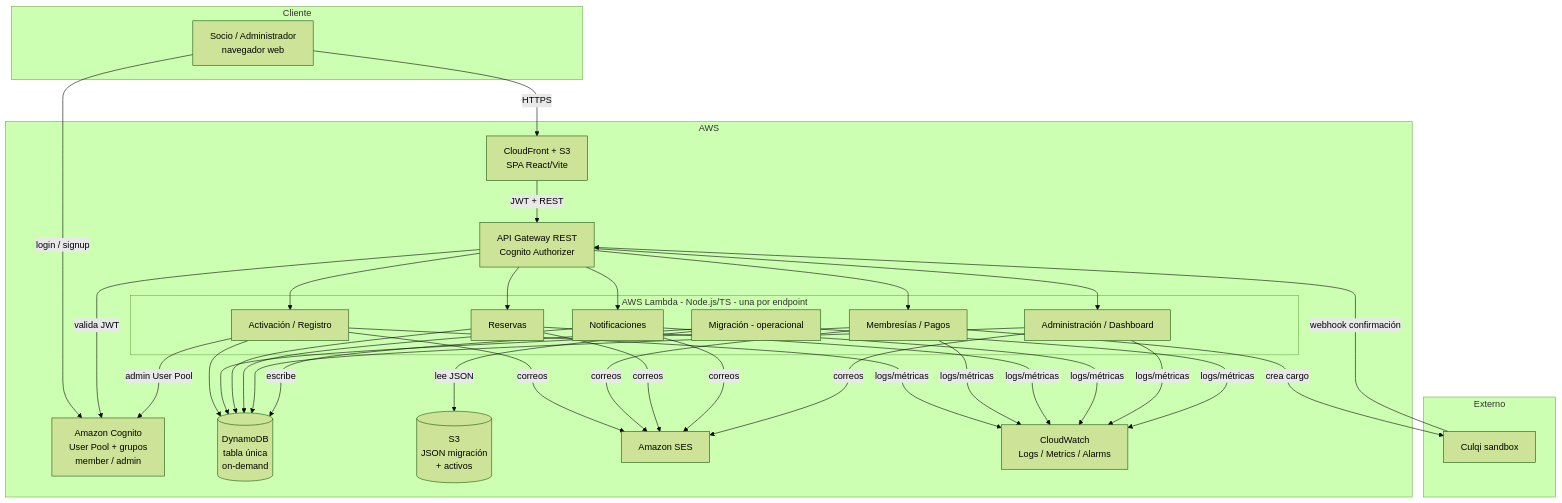
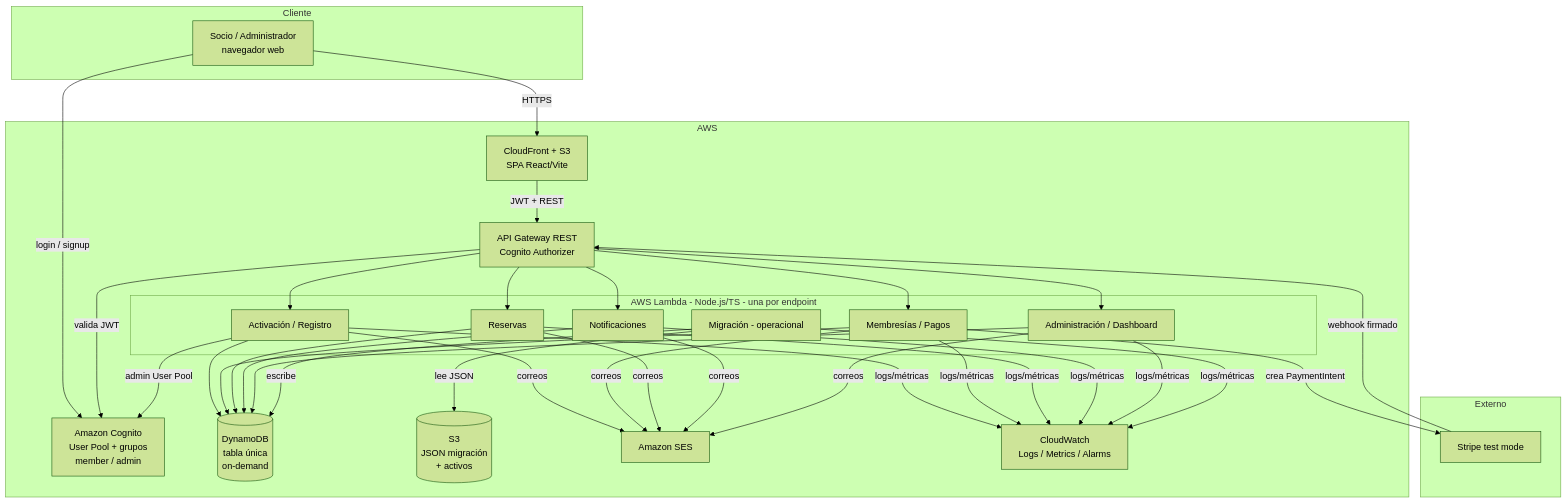
One commit to MartinAgapito/app-activa-club changed the diagram in docs/architecture/architecture-overview.md. Above: the diagram before and after it, drawn with Mermaid (forest theme). The commit also changed other lines of this file and 7 other files, not shown here.

````diff
--- a/docs/architecture/architecture-overview.md
+++ b/docs/architecture/architecture-overview.md
@@ -45,42 +45,42 @@
 ```mermaid
 flowchart TB
     subgraph Cliente
         U[Socio / Administrador<br/>navegador web]
     end
 
     subgraph AWS
         CF[CloudFront + S3<br/>SPA React/Vite]
         COG[Amazon Cognito<br/>User Pool + grupos<br/>member / admin]
         AGW[API Gateway REST<br/>Cognito Authorizer]
         subgraph Lambdas[AWS Lambda - Node.js/TS - una por endpoint]
             L1[Activación / Registro]
             L2[Membresías / Pagos]
             L3[Reservas]
             L4[Notificaciones]
             L5[Administración / Dashboard]
             LM[Migración - operacional]
         end
         DDB[(DynamoDB<br/>tabla única<br/>on-demand)]
         S3M[(S3<br/>JSON migración<br/>+ activos)]
         SES[Amazon SES]
         CW[CloudWatch<br/>Logs / Metrics / Alarms]
     end
 
     subgraph Externo
-        CULQI[Culqi sandbox]
+        STRIPE[Stripe test mode]
     end
 
     U -->|HTTPS| CF
     U -->|login / signup| COG
     CF -->|JWT + REST| AGW
     AGW -->|valida JWT| COG
     AGW --> L1 & L2 & L3 & L4 & L5
     L1 & L2 & L3 & L4 & L5 --> DDB
     L1 -->|admin User Pool| COG
     LM -->|lee JSON| S3M
     LM -->|escribe| DDB
-    L2 -->|crea cargo| CULQI
-    CULQI -->|webhook confirmación| AGW
+    L2 -->|crea PaymentIntent| STRIPE
+    STRIPE -->|webhook firmado| AGW
     L1 & L2 & L3 & L4 & L5 -->|correos| SES
     L1 & L2 & L3 & L4 & L5 & LM -->|logs/métricas| CW
 ```
````
